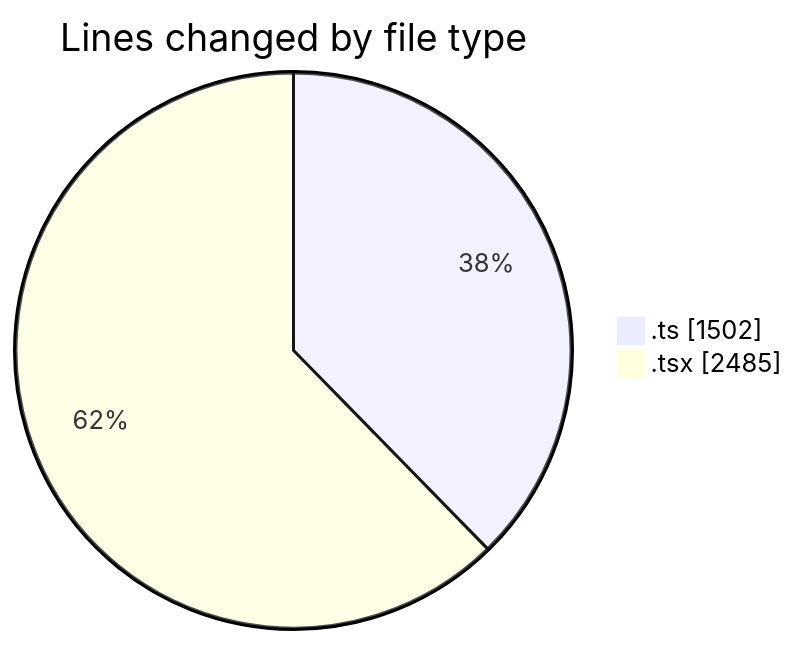
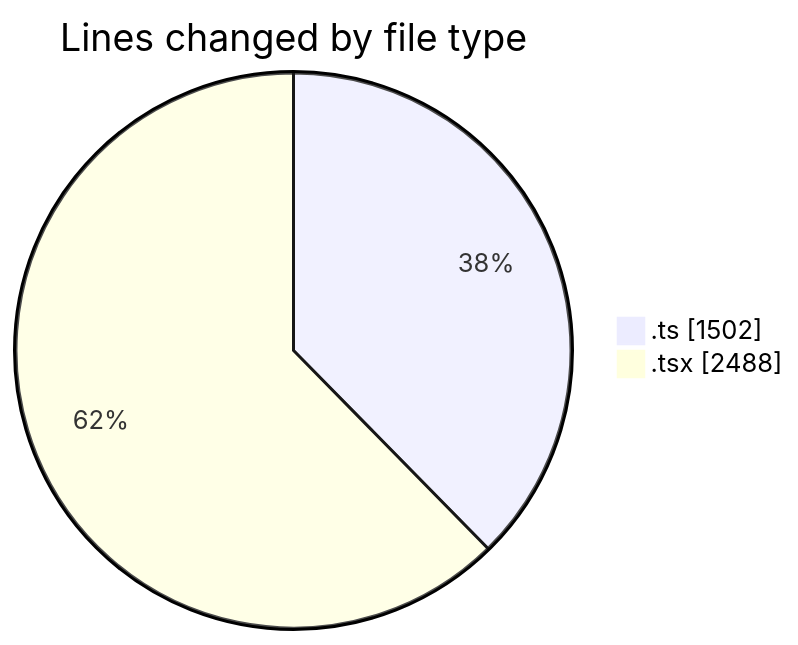
The first of 2 diagrams in 2026-03-04/nxtqube_webapp/README.md (nxtqubesakshisongat/code-tracking), drawn with Mermaid before and after one commit. The commit also changed other lines of this file and 1 other file, not shown here.

````diff
--- a/2026-03-04/nxtqube_webapp/README.md
+++ b/2026-03-04/nxtqube_webapp/README.md
@@ -26,6 +26,6 @@
 ```mermaid
 pie showData
 title Lines changed by file type
 ".ts" : 1502
-".tsx" : 2485
+".tsx" : 2488
 ```
````
